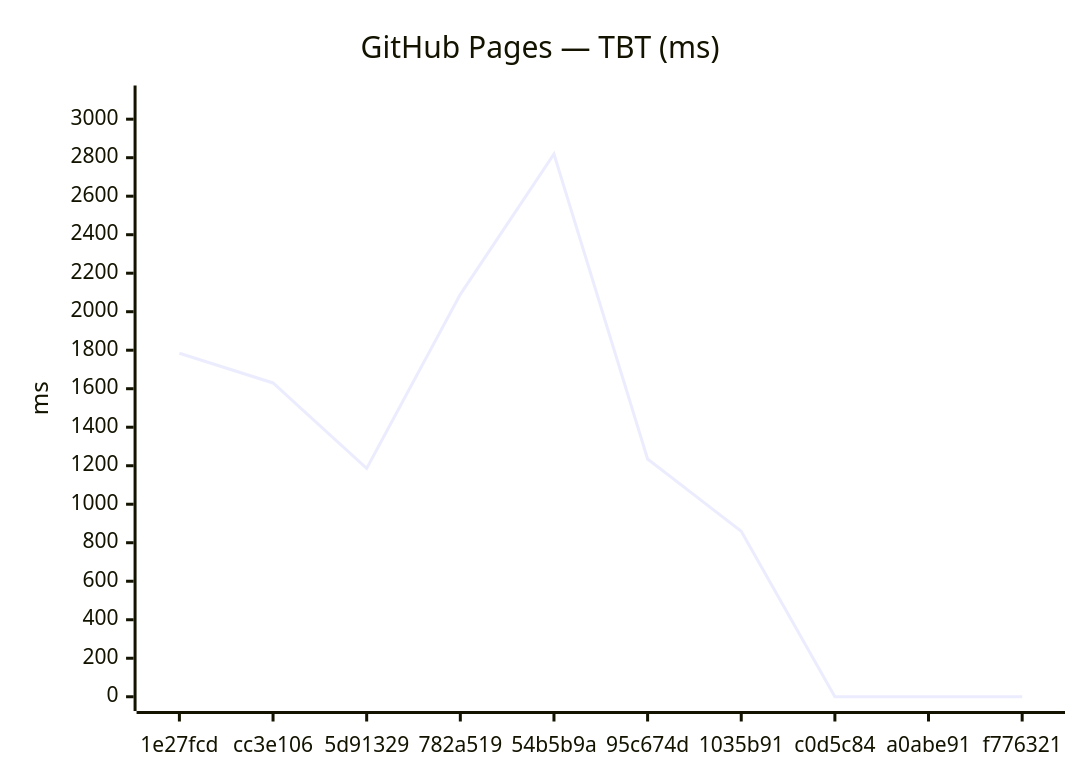
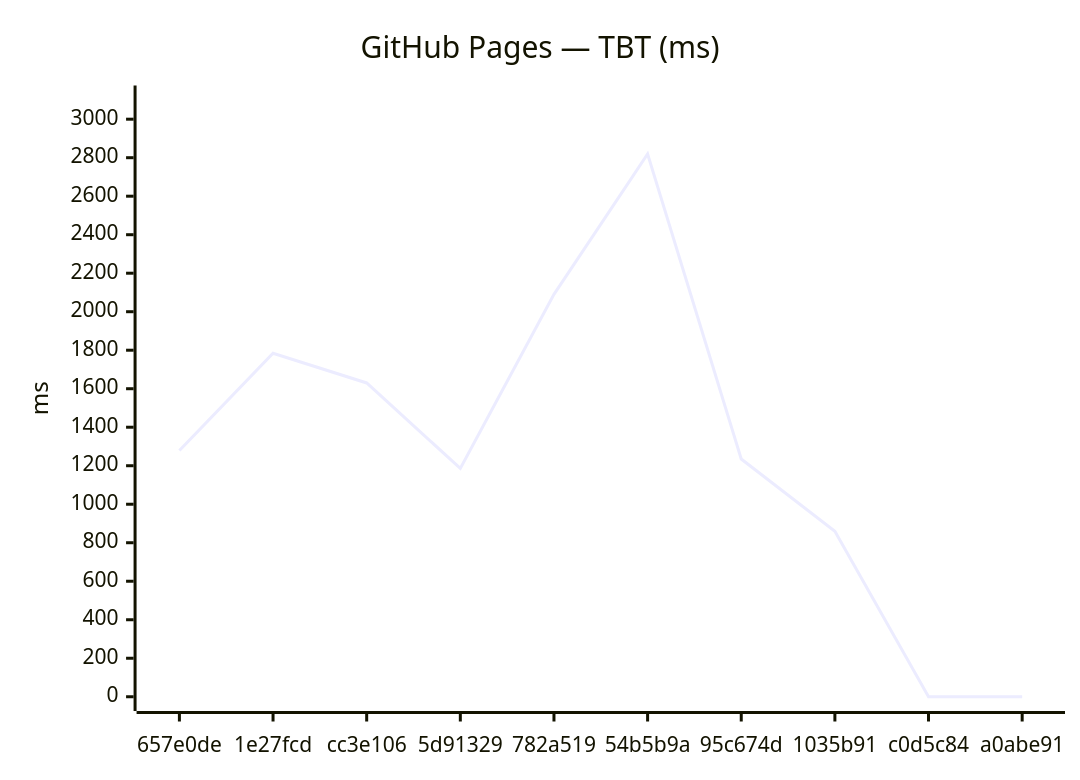
Before and after one commit to Metaheurist/Rianell: the fourth of 18 diagrams in benchmarks/compare.md, drawn with Mermaid. The commit also changed other lines of this file and 11 other files, not shown here.

````diff
--- a/benchmarks/compare.md
+++ b/benchmarks/compare.md
@@ -61,7 +61,7 @@
 ```mermaid
 xychart-beta
     title "GitHub Pages — TBT (ms)"
-    x-axis ["1e27fcd", "cc3e106", "5d91329", "782a519", "54b5b9a", "95c674d", "1035b91", "c0d5c84", "a0abe91", "f776321"]
+    x-axis ["657e0de", "1e27fcd", "cc3e106", "5d91329", "782a519", "54b5b9a", "95c674d", "1035b91", "c0d5c84", "a0abe91"]
     y-axis "ms" 0 --> 3101
-    line [1784, 1630, 1186, 2090, 2819, 1235, 859, 0, 0, 0]
+    line [1279, 1784, 1630, 1186, 2090, 2819, 1235, 859, 0, 0]
 ```
````
